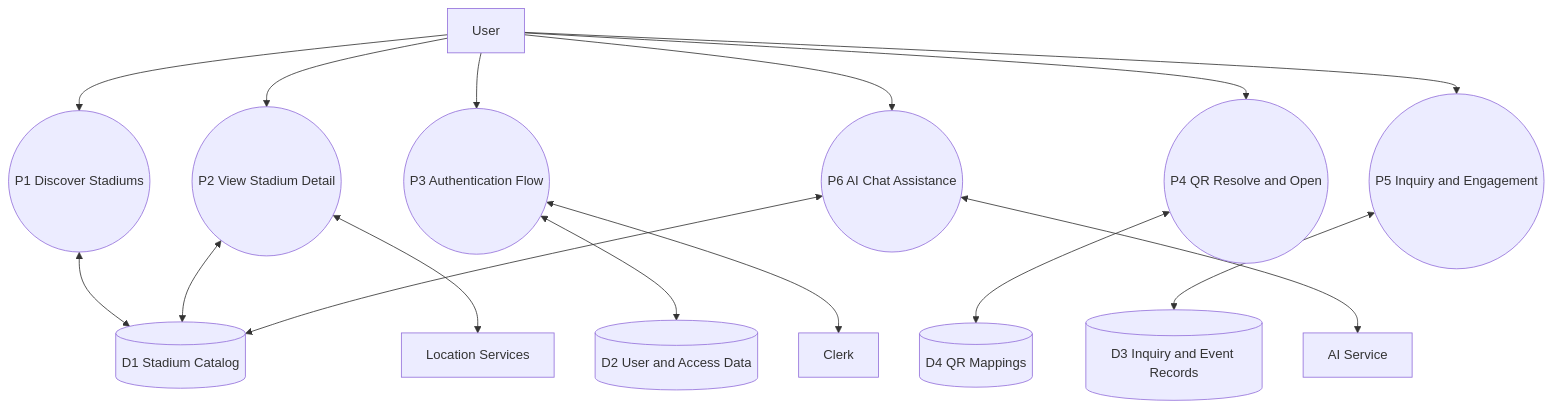
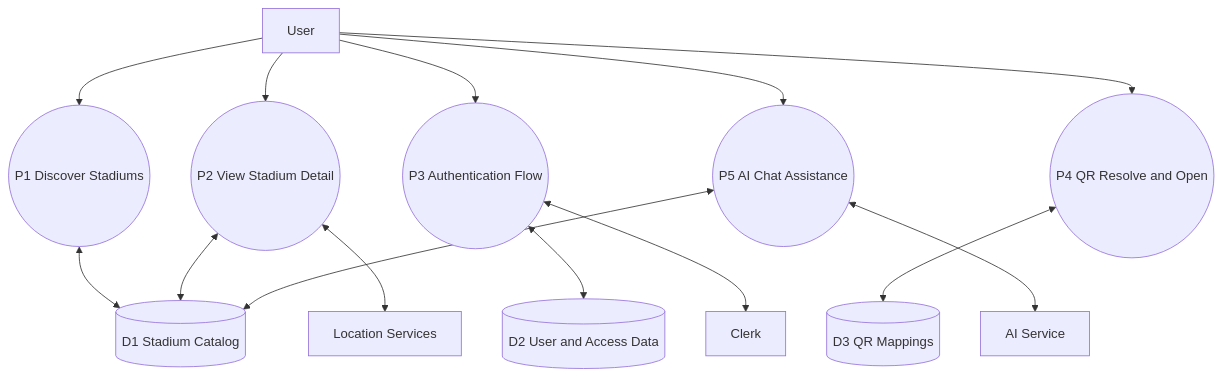
Before and after one commit to Prakshit0902/InStadiumApp: the sixth of 15 diagrams in README.md, drawn with Mermaid. The commit also changed other lines of this file, not shown here.

Commit message:
functional mindmap updated

````diff
--- a/README.md
+++ b/README.md
@@ -237,38 +191,34 @@
 ```mermaid
 flowchart TB
       U[User]
 
       P1((P1 Discover Stadiums))
       P2((P2 View Stadium Detail))
       P3((P3 Authentication Flow))
       P4((P4 QR Resolve and Open))
-      P5((P5 Inquiry and Engagement))
-      P6((P6 AI Chat Assistance))
+      P5((P5 AI Chat Assistance))
 
       D1[(D1 Stadium Catalog)]
       D2[(D2 User and Access Data)]
-      D3[(D3 Inquiry and Event Records)]
-      D4[(D4 QR Mappings)]
+      D3[(D3 QR Mappings)]
 
       E1[Clerk]
       E2[Location Services]
       E3[AI Service]
 
       U --> P1
       U --> P2
       U --> P3
       U --> P4
       U --> P5
-      U --> P6
 
       P1 <--> D1
       P2 <--> D1
       P3 <--> D2
-      P4 <--> D4
-      P5 <--> D3
-      P6 <--> D1
+      P4 <--> D3
+      P5 <--> D1
 
       P3 <--> E1
       P2 <--> E2
-      P6 <--> E3
+      P5 <--> E3
 ```
````
